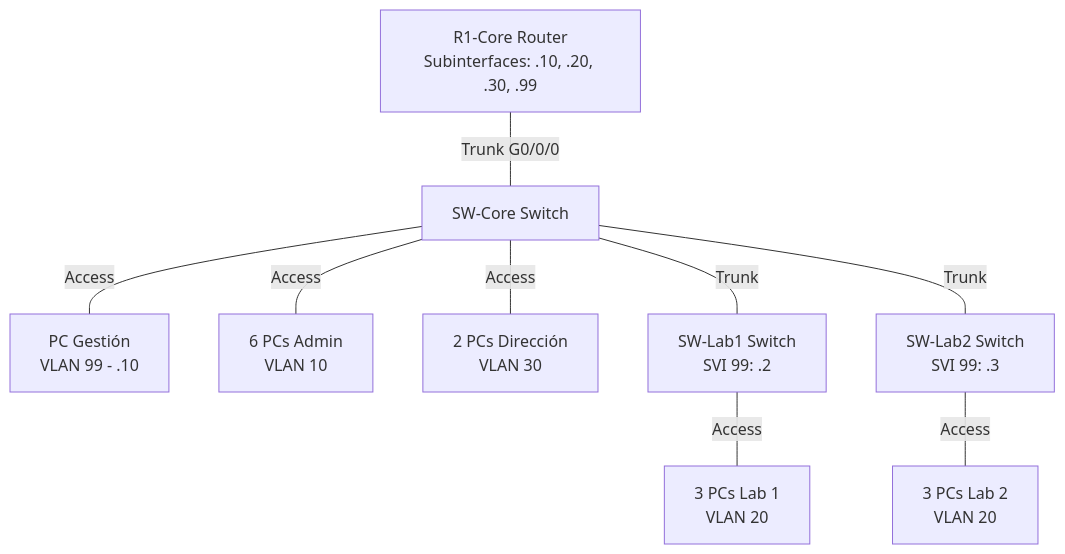
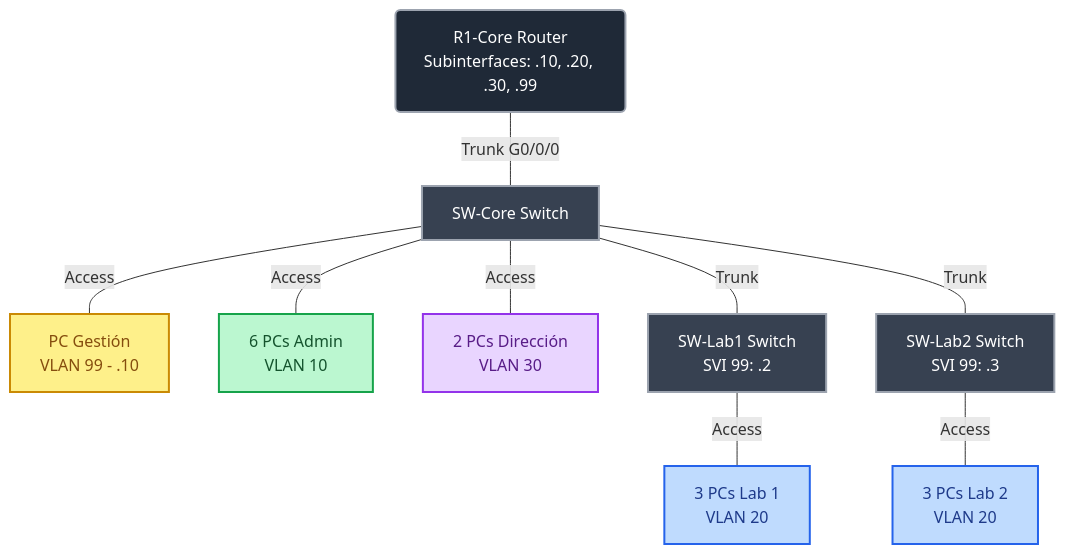
Before and after one commit to elzro/portafolio-alumno-prueba: the diagram in README.md, drawn with Mermaid.

````diff
--- a/README.md
+++ b/README.md
@@ -18,14 +18,35 @@
 ```mermaid
 graph TD
-    R1[R1-Core Router<br/>Subinterfaces: .10, .20, .30, .99] ---|Trunk G0/0/0| SWC[SW-Core Switch]
+    %% Definición de la Topología
+    R1(R1-Core Router<br/>Subinterfaces: .10, .20, .30, .99) ---|Trunk G0/0/0| SWC[SW-Core Switch]
     
     SWC ---|Access| PCG[PC Gestión<br/>VLAN 99 - .10]
     SWC ---|Access| PCA[6 PCs Admin<br/>VLAN 10]
     SWC ---|Access| PCD[2 PCs Dirección<br/>VLAN 30]
     
     SWC ---|Trunk| SWL1[SW-Lab1 Switch<br/>SVI 99: .2]
     SWC ---|Trunk| SWL2[SW-Lab2 Switch<br/>SVI 99: .3]
     
     SWL1 ---|Access| PCL1[3 PCs Lab 1<br/>VLAN 20]
     SWL2 ---|Access| PCL2[3 PCs Lab 2<br/>VLAN 20]
+
+    %% Estilos de Nodos Generales (Routers y Switches)
+    style R1 fill:#1f2937,stroke:#9ca3af,stroke-width:2px,color:#fff
+    style SWC fill:#374151,stroke:#9ca3af,stroke-width:2px,color:#fff
+    style SWL1 fill:#374151,stroke:#9ca3af,stroke-width:2px,color:#fff
+    style SWL2 fill:#374151,stroke:#9ca3af,stroke-width:2px,color:#fff
+
+    %% Estilos por VLAN
+    %% VLAN 99 - Gestión (Amarillo)
+    style PCG fill:#fef08a,stroke:#ca8a04,stroke-width:2px,color:#854d0e
+
+    %% VLAN 10 - Admin (Verde)
+    style PCA fill:#bbf7d0,stroke:#16a34a,stroke-width:2px,color:#14532d
+
+    %% VLAN 20 - Labs (Azul)
+    style PCL1 fill:#bfdbfe,stroke:#2563eb,stroke-width:2px,color:#1e3a8a
+    style PCL2 fill:#bfdbfe,stroke:#2563eb,stroke-width:2px,color:#1e3a8a
+
+    %% VLAN 30 - Dirección (Morado)
+    style PCD fill:#e9d5ff,stroke:#9333ea,stroke-width:2px,color:#581c87
 ```
````
